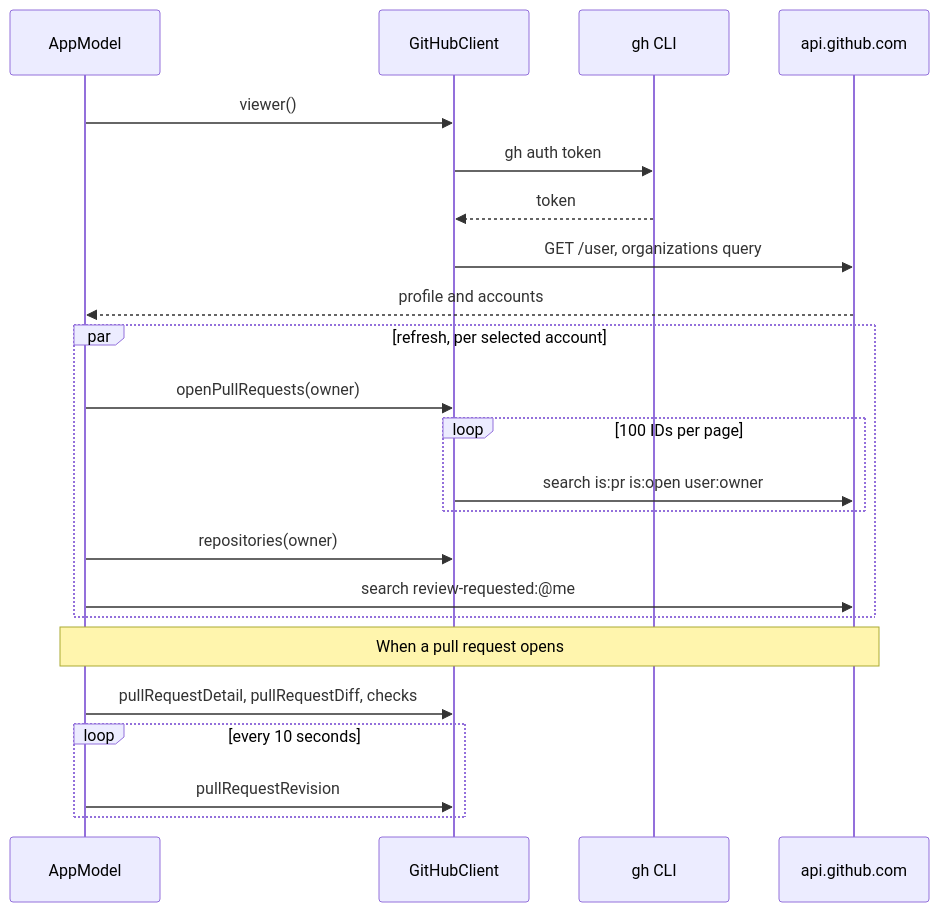
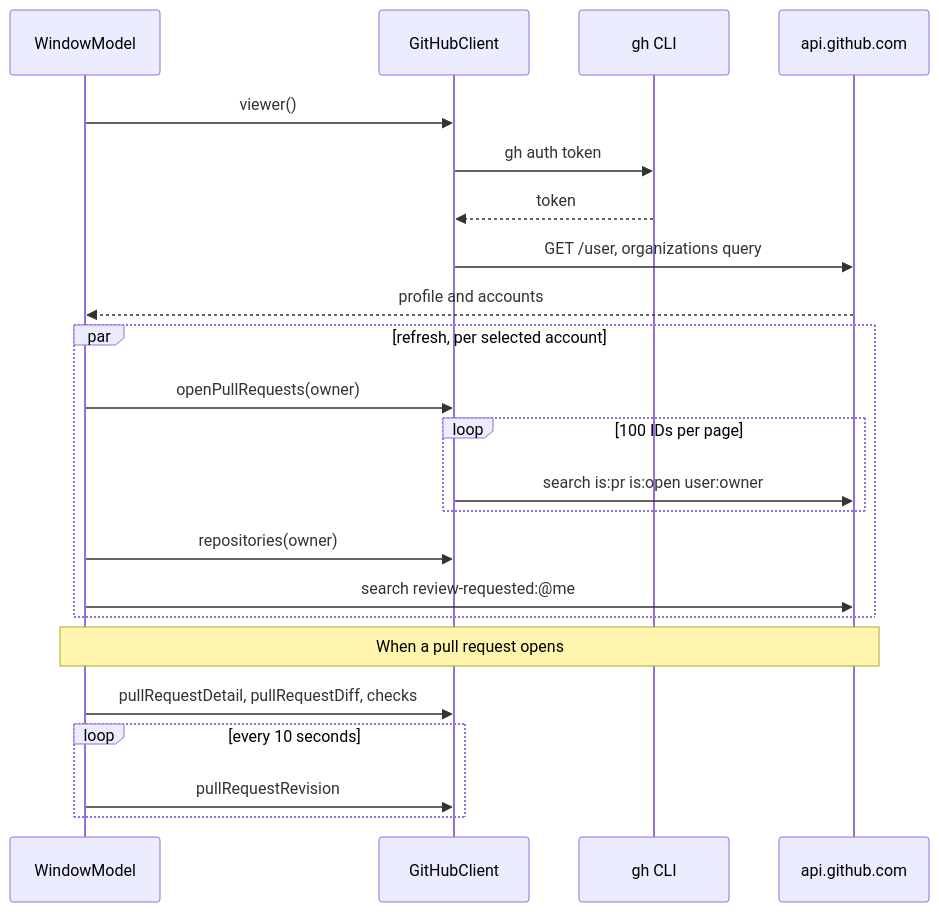
The diagram in plans/github.md (bojanrajkovic/hermes), drawn with Mermaid before and after one commit. The commit also changed other lines of this file and 17 other files, not shown here.

First line of the commit message:
Split the app's state into AppStore, AccountData, and WindowModel

````diff
--- a/plans/github.md
+++ b/plans/github.md
@@ -41,28 +41,28 @@
 ```mermaid
 sequenceDiagram
-    participant App as AppModel
+    participant App as WindowModel
     participant C as GitHubClient
     participant gh as gh CLI
     participant API as api.github.com
 
     App->>C: viewer()
     C->>gh: gh auth token
     gh-->>C: token
     C->>API: GET /user, organizations query
     API-->>App: profile and accounts
 
     par refresh, per selected account
         App->>C: openPullRequests(owner)
         loop 100 IDs per page
             C->>API: search is:pr is:open user:owner
         end
         App->>C: repositories(owner)
         App->>API: search review-requested:@me
     end
 
     Note over App,API: When a pull request opens
     App->>C: pullRequestDetail, pullRequestDiff, checks
     loop every 10 seconds
         App->>C: pullRequestRevision
     end
 ```
````
